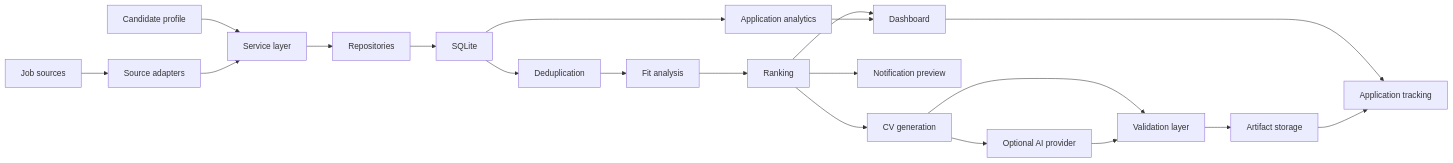
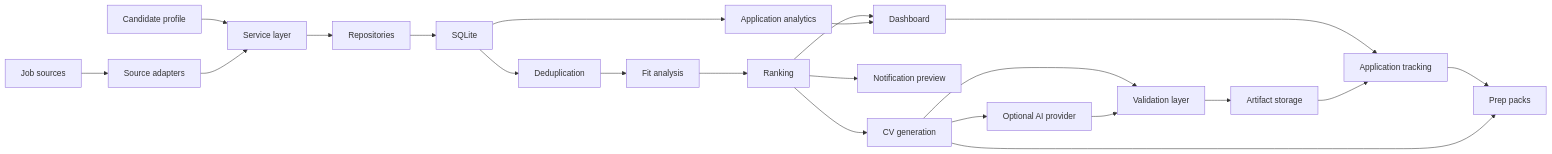
Before and after one commit to de-himanshu19/AI_JOB_HUNT_PLATFORM: the diagram in docs/ARCHITECTURE.md, drawn with Mermaid. The commit also changed other lines of this file and 12 other files, not shown here.

Commit message:
feat: add evidence-backed CV application prep packs

````diff
--- a/docs/ARCHITECTURE.md
+++ b/docs/ARCHITECTURE.md
@@ -9,22 +9,24 @@
 ```mermaid
 flowchart LR
     Profile["Candidate profile"] --> Services["Service layer"]
     Sources["Job sources"] --> Adapters["Source adapters"]
     Adapters --> Services
     Services --> Repos["Repositories"]
     Repos --> DB["SQLite"]
     DB --> Dedup["Deduplication"]
     Dedup --> Analysis["Fit analysis"]
     Analysis --> Ranking["Ranking"]
     Ranking --> Dashboard["Dashboard"]
     DB --> Analytics["Application analytics"]
     Analytics --> Dashboard
     Ranking --> Notify["Notification preview"]
     Ranking --> CV["CV generation"]
+    Applications --> Prep["Prep packs"]
+    CV --> Prep
     CV --> Validator["Validation layer"]
     Validator --> Artifacts["Artifact storage"]
     CV --> AI["Optional AI provider"]
     AI --> Validator
     Dashboard --> Applications["Application tracking"]
     Artifacts --> Applications
 ```
````
